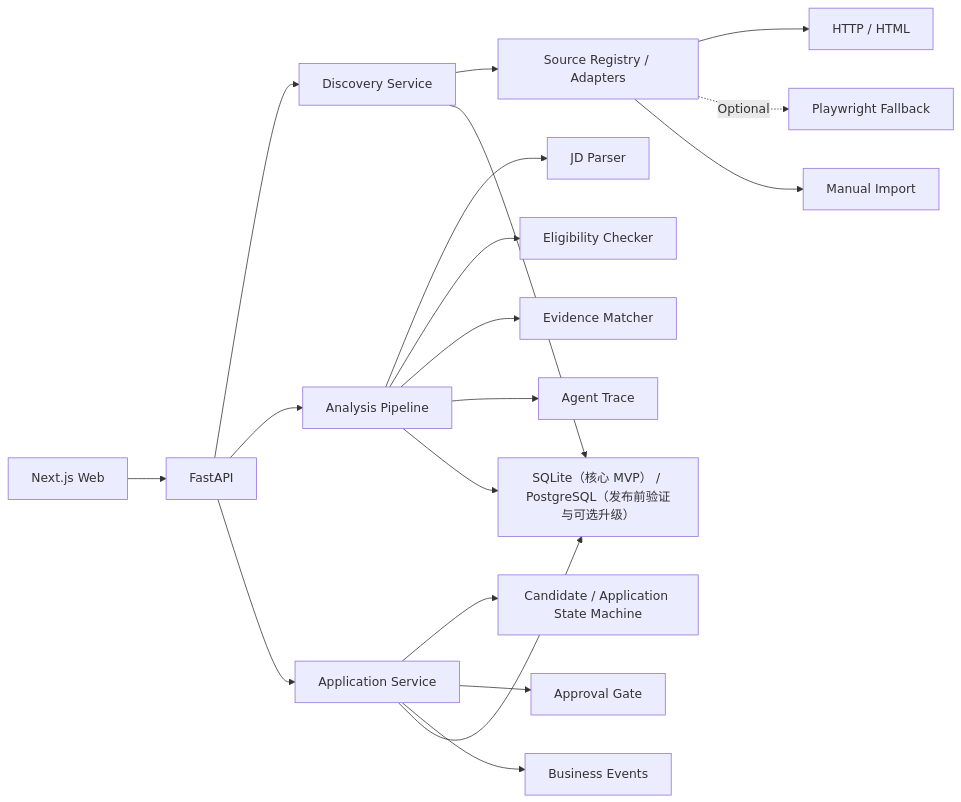
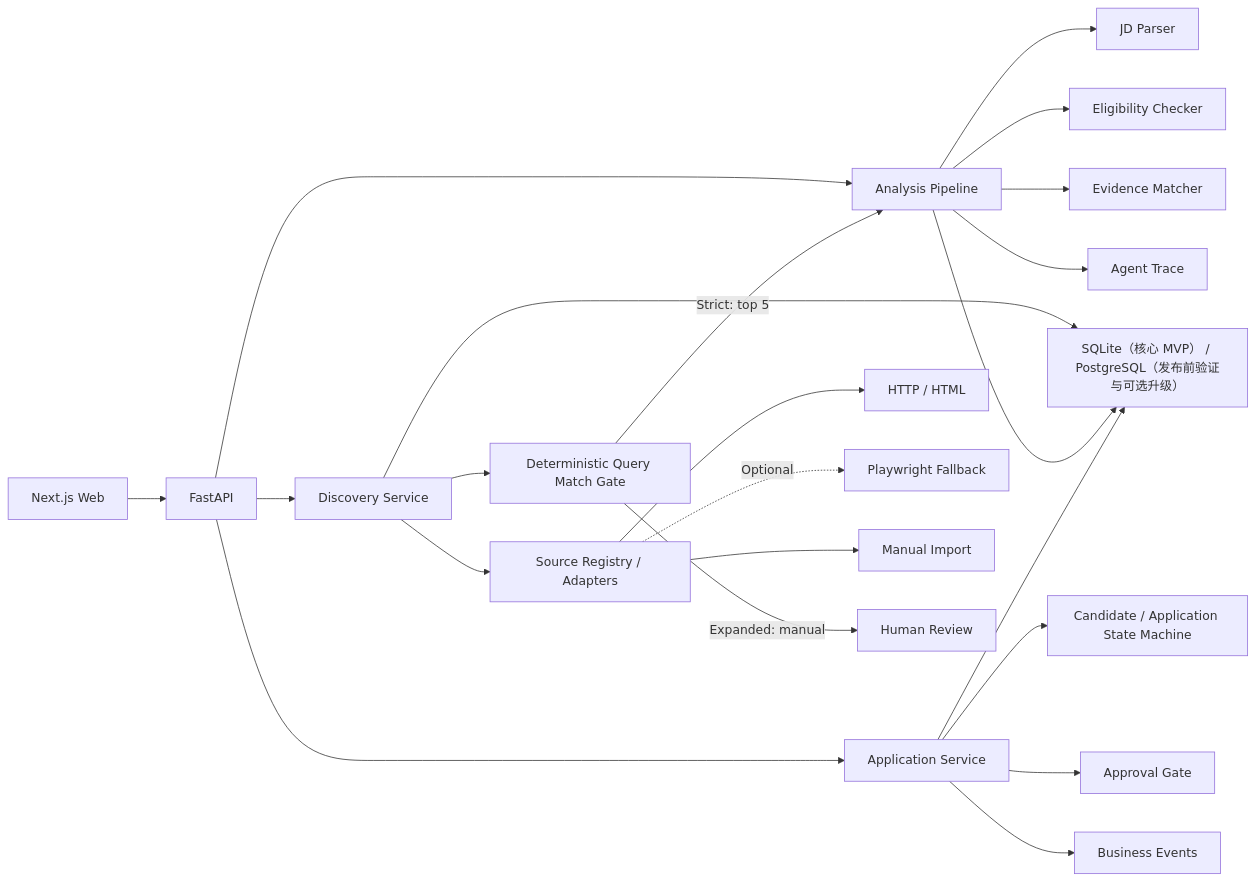
The diagram in README.md (qingyingxy/jobflow-agent), drawn with Mermaid before and after one commit. The commit also changed other lines of this file and 17 other files, not shown here.

````diff
--- a/README.md
+++ b/README.md
@@ -502,25 +533,28 @@
 ```mermaid
 flowchart LR
     UI["Next.js Web"] --> API["FastAPI"]
     API --> DISCOVERY["Discovery Service"]
     API --> ANALYSIS["Analysis Pipeline"]
     API --> APPLICATION["Application Service"]
 
     DISCOVERY --> SOURCES["Source Registry / Adapters"]
     SOURCES --> HTTP["HTTP / HTML"]
     SOURCES -. Optional .-> BROWSER["Playwright Fallback"]
     SOURCES --> MANUAL["Manual Import"]
+    DISCOVERY --> GATE["Deterministic Query Match Gate"]
+    GATE -->|"Strict: top 5"| ANALYSIS
+    GATE -->|"Expanded: manual"| HUMAN["Human Review"]
 
     ANALYSIS --> PARSER["JD Parser"]
     ANALYSIS --> ELIGIBILITY["Eligibility Checker"]
     ANALYSIS --> MATCHER["Evidence Matcher"]
 
     APPLICATION --> STATE["Candidate / Application State Machine"]
     APPLICATION --> APPROVAL["Approval Gate"]
     APPLICATION --> EVENTS["Business Events"]
     ANALYSIS --> TRACE["Agent Trace"]
 
     DISCOVERY --> DB["SQLite（核心 MVP） / PostgreSQL（发布前验证与可选升级）"]
     ANALYSIS --> DB
     APPLICATION --> DB
 ```
````
